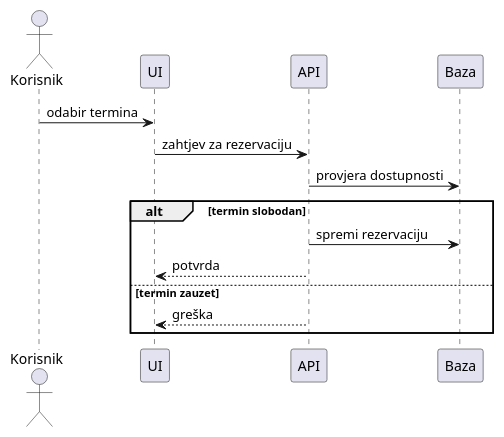
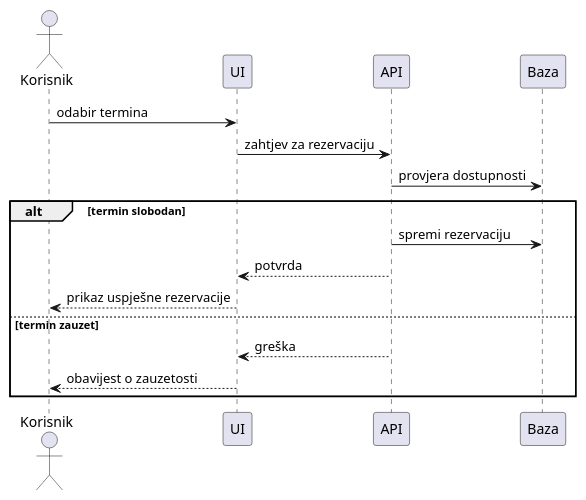
Before and after one commit to lkurtovic/Sustav-za-rezervaciju-teniskog-termina: the second of 3 diagrams in uml.md, drawn with PlantUML. The commit also changed other lines of this file and 1 other file, not shown here.

Commit message:
Popravak SequenceDiagrama

````diff
--- a/uml.md
+++ b/uml.md
@@ -74,19 +75,21 @@
 ```plantuml
 @startuml
 actor Korisnik
 participant UI
 participant API
 participant Baza
 
 Korisnik -> UI : odabir termina
 UI -> API : zahtjev za rezervaciju
 API -> Baza : provjera dostupnosti
 
 alt termin slobodan
     API -> Baza : spremi rezervaciju
     API --> UI : potvrda
+    UI --> Korisnik : prikaz uspješne rezervacije
 else termin zauzet
     API --> UI : greška
+    UI --> Korisnik : obavijest o zauzetosti
 end
 @enduml
 ```
````
